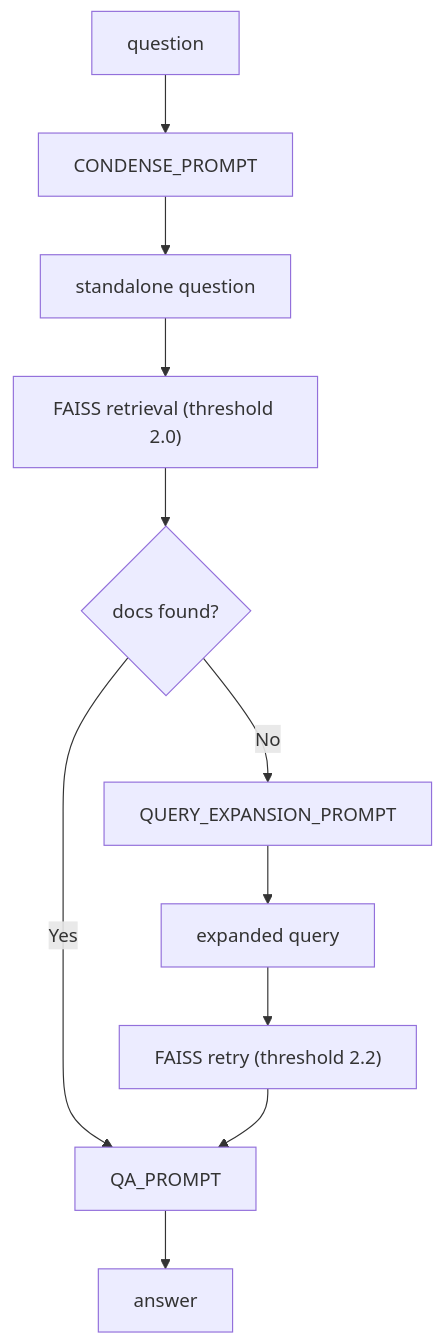
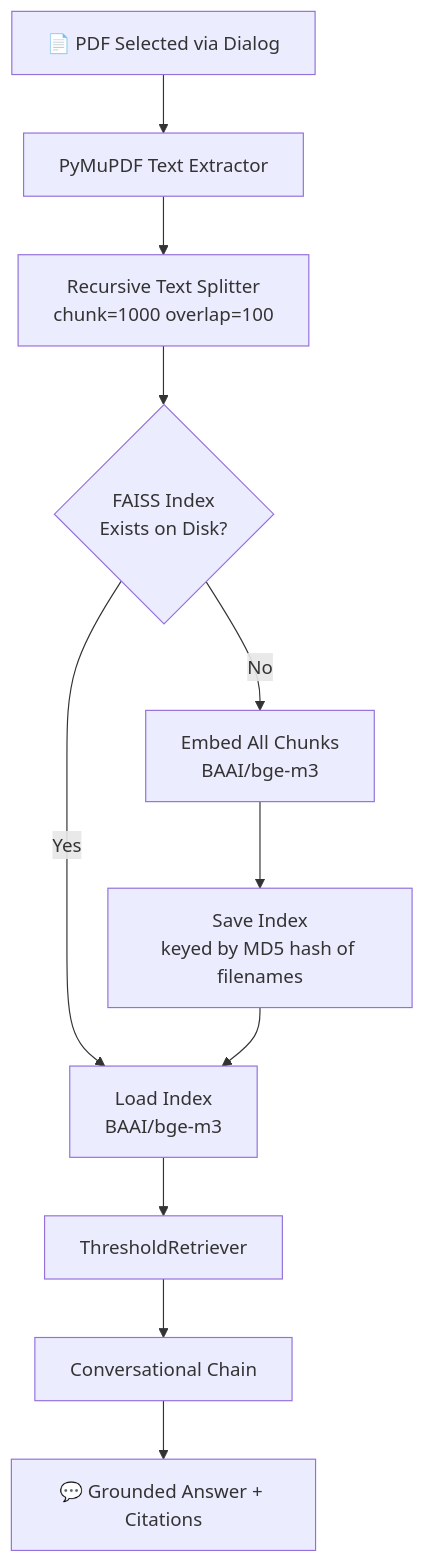
One commit to leovidith/paper-brain changed the first of 4 diagrams in README.md. Above: the diagram before and after it, drawn with Mermaid. The commit also changed other lines of this file and 1 other file, not shown here.

````diff
--- a/README.md
+++ b/README.md
@@ -5,19 +41,13 @@
 ```mermaid
-flowchart TD
-    A[question] --> B[CONDENSE_PROMPT]
-    B --> C[standalone question]
-
-    C --> D["FAISS retrieval (threshold 2.0)"]
-
-    D --> E{docs found?}
-
-    E -->|Yes| H[QA_PROMPT]
-
-    E -->|No| F[QUERY_EXPANSION_PROMPT]
-    F --> G[expanded query]
-    G --> I["FAISS retry (threshold 2.2)"]
-
-    I --> H
-
-    H --> J[answer]
+graph TD
+    A[📄 PDF Selected via Dialog] --> B[PyMuPDF Text Extractor]
+    B --> C[Recursive Text Splitter\nchunk=1000  overlap=100]
+    C --> D{FAISS Index\nExists on Disk?}
+    D -- Yes --> E[Load Index\nBAAI/bge-m3]
+    D -- No --> F[Embed All Chunks\nBAAI/bge-m3]
+    F --> G[Save Index\nkeyed by MD5 hash of filenames]
+    G --> E
+    E --> H[ThresholdRetriever]
+    H --> I[Conversational Chain]
+    I --> J[💬 Grounded Answer + Citations]
 ```
````
